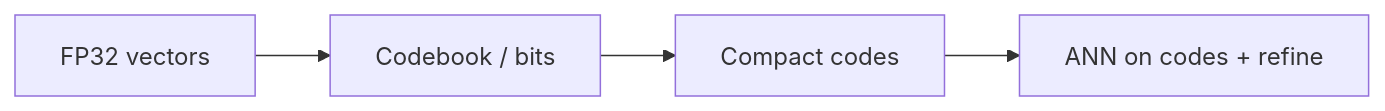
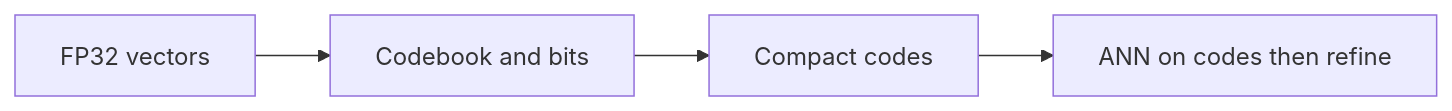
One commit to ahmedSamir50/AdamSystems.ZVec.NET changed the diagram in docs/theory/quantization.md. Above: the diagram before and after it, drawn with Mermaid. The commit also changed 5 other files, not shown here.

First line of the commit message:
Fix Mermaid 11 syntax in theory diagrams.

````diff
--- a/docs/theory/quantization.md
+++ b/docs/theory/quantization.md
@@ -21,8 +21,8 @@
 ```mermaid
 flowchart LR
   fp32[FP32 vectors]
-  train[Codebook / bits]
+  train["Codebook and bits"]
   codes[Compact codes]
-  search[ANN on codes + refine]
+  search["ANN on codes then refine"]
   fp32 --> train --> codes --> search
 ```
````
